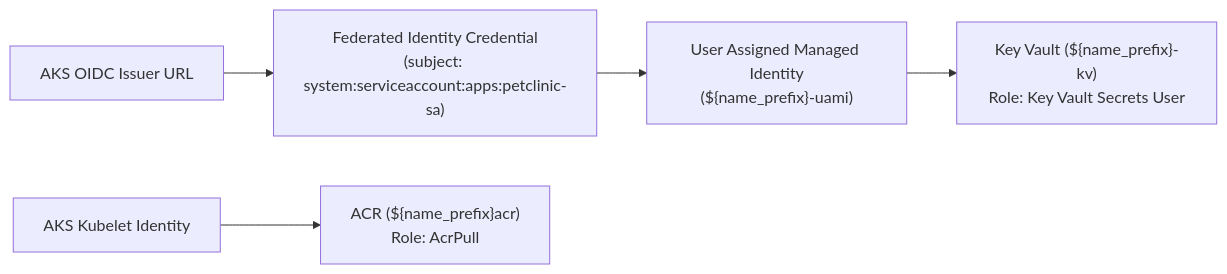
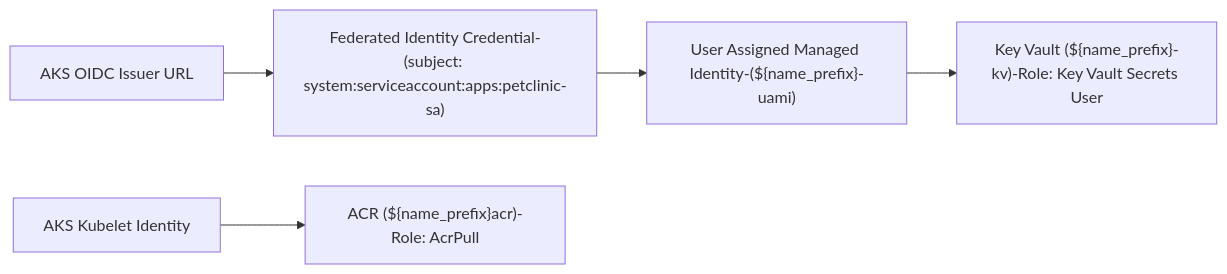
The second of 5 diagrams in task1-infra-as-code-design/README.md (sandipbhowmik/abb-demo), drawn with Mermaid before and after one commit. The commit also changed other lines of this file, not shown here.

````diff
--- a/task1-infra-as-code-design/README.md
+++ b/task1-infra-as-code-design/README.md
@@ -52,12 +52,12 @@
 ```mermaid
 flowchart LR
   OIDC["AKS OIDC Issuer URL"]
-  FIC["Federated Identity Credential\n(subject: system:serviceaccount:apps:petclinic-sa)"]
-  UAMI["User Assigned Managed Identity\n(${name_prefix}-uami)"]
-  KV["Key Vault (${name_prefix}-kv)\nRole: Key Vault Secrets User"]
+  FIC["Federated Identity Credential-(subject: system:serviceaccount:apps:petclinic-sa)"]
+  UAMI["User Assigned Managed Identity-(${name_prefix}-uami)"]
+  KV["Key Vault (${name_prefix}-kv)-Role: Key Vault Secrets User"]
   KUBELET["AKS Kubelet Identity"]
-  ACR["ACR (${name_prefix}acr)\nRole: AcrPull"]
+  ACR["ACR (${name_prefix}acr)-Role: AcrPull"]
 
   OIDC --> FIC --> UAMI --> KV
   KUBELET --> ACR
 ```
````
